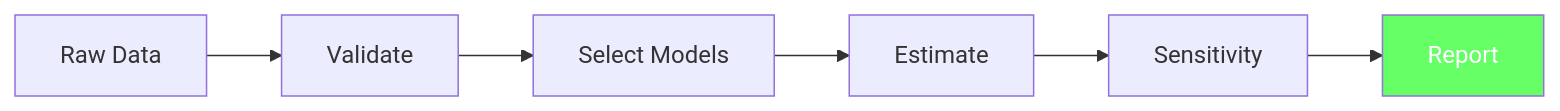
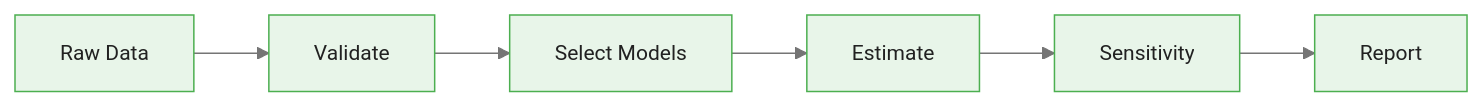
Before and after one commit to m-deane/course-creator: the first of 2 diagrams in courses/double-machine-learning/modules/module_09_production_pipeline/guides/01_production_pipeline_slides.md, drawn with Mermaid. The commit also changed other lines of this file and 40 other files, not shown here.

````diff
--- a/courses/double-machine-learning/modules/module_09_production_pipeline/guides/01_production_pipeline_slides.md
+++ b/courses/double-machine-learning/modules/module_09_production_pipeline/guides/01_production_pipeline_slides.md
@@ -34,9 +40,9 @@
 ```mermaid
+%%{init: {"theme": "base", "themeVariables": {"primaryColor": "#e8f5e9", "primaryBorderColor": "#4caf50", "primaryTextColor": "#212121", "secondaryColor": "#e3f2fd", "tertiaryColor": "#fff8e1", "lineColor": "#757575", "fontFamily": "Inter, sans-serif", "fontSize": "14px"}}}%%
 flowchart LR
     Data["Raw Data"] --> Val["Validate"]
     Val --> Sel["Select Models"]
     Sel --> Est["Estimate"]
     Est --> Sens["Sensitivity"]
     Sens --> Rep["Report"]
-    style Rep fill:#6f6,color:#fff
 ```
````
